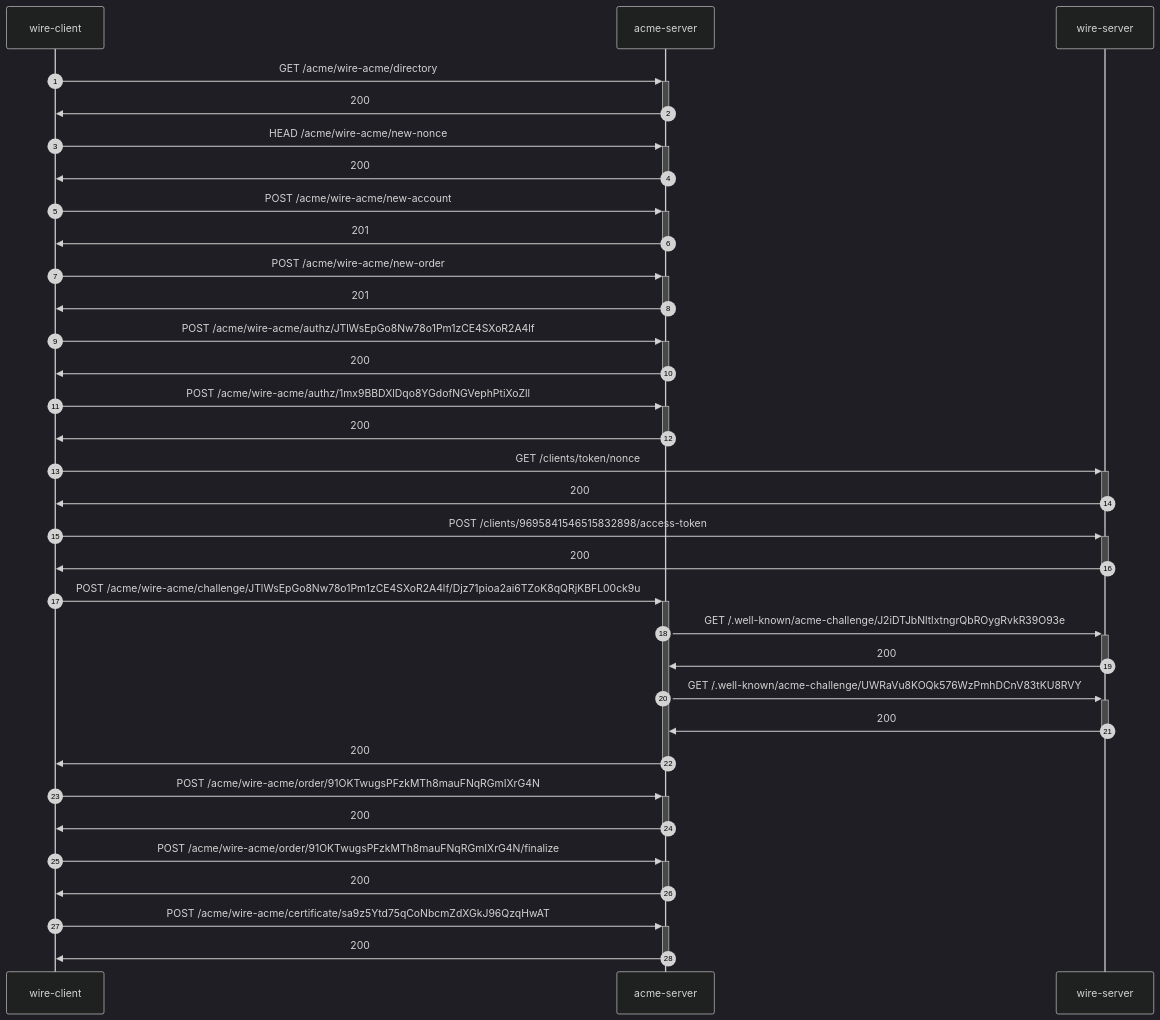
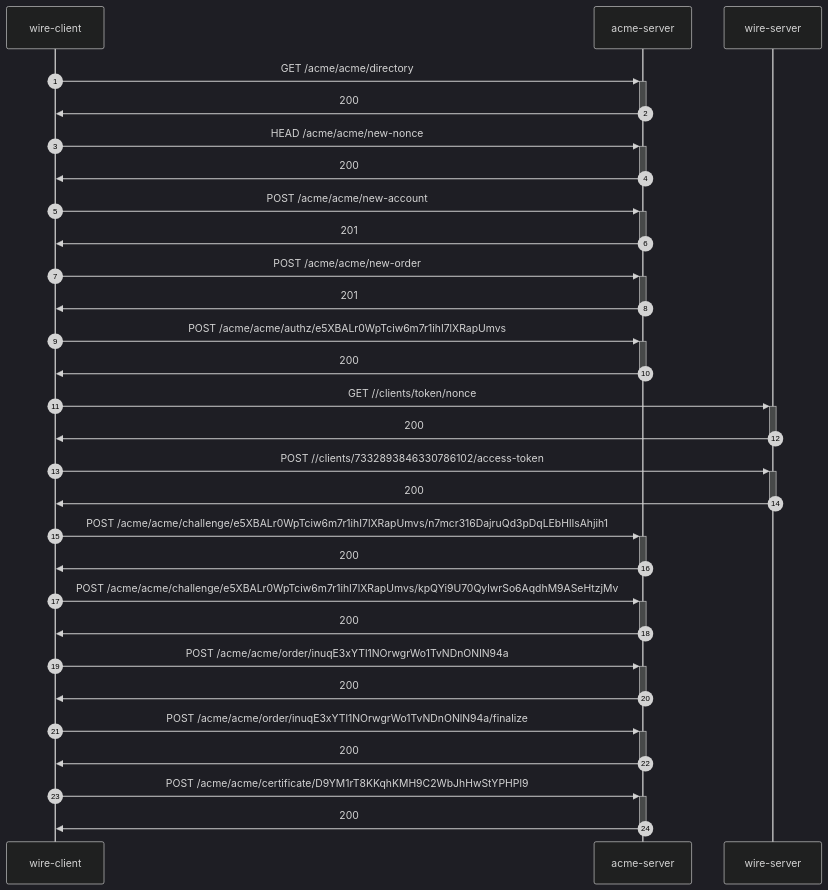
One commit to wireapp/rusty-jwt-tools changed the diagram in e2e-identity/README.md. Above: the diagram before and after it, drawn with Mermaid (dark theme). The commit also changed other lines of this file and 29 other files, not shown here.

Commit message:
feat: test against our fork of stepca acme server

````diff
--- a/e2e-identity/README.md
+++ b/e2e-identity/README.md
@@ -3,32 +3,28 @@
 ```mermaid
 sequenceDiagram
     autonumber
-    wire-client->>+acme-server: GET /acme/wire-acme/directory
+    wire-client->>+acme-server: GET /acme/acme/directory
     acme-server->>-wire-client: 200
-    wire-client->>+acme-server: HEAD /acme/wire-acme/new-nonce
+    wire-client->>+acme-server: HEAD /acme/acme/new-nonce
     acme-server->>-wire-client: 200
-    wire-client->>+acme-server: POST /acme/wire-acme/new-account
+    wire-client->>+acme-server: POST /acme/acme/new-account
     acme-server->>-wire-client: 201
-    wire-client->>+acme-server: POST /acme/wire-acme/new-order
+    wire-client->>+acme-server: POST /acme/acme/new-order
     acme-server->>-wire-client: 201
-    wire-client->>+acme-server: POST /acme/wire-acme/authz/JTlWsEpGo8Nw78o1Pm1zCE4SXoR2A4lf
+    wire-client->>+acme-server: POST /acme/acme/authz/e5XBALr0WpTciw6m7r1ihI7lXRapUmvs
     acme-server->>-wire-client: 200
-    wire-client->>+acme-server: POST /acme/wire-acme/authz/1mx9BBDXlDqo8YGdofNGVephPtiXoZll
+    wire-client->>+wire-server: GET //clients/token/nonce
+    wire-server->>-wire-client: 200
+    wire-client->>+wire-server: POST //clients/7332893846330786102/access-token
+    wire-server->>-wire-client: 200
+    wire-client->>+acme-server: POST /acme/acme/challenge/e5XBALr0WpTciw6m7r1ihI7lXRapUmvs/n7mcr316DajruQd3pDqLEbHlIsAhjih1
     acme-server->>-wire-client: 200
-    wire-client->>+wire-server: GET /clients/token/nonce
-    wire-server->>-wire-client: 200
-    wire-client->>+wire-server: POST /clients/9695841546515832898/access-token
-    wire-server->>-wire-client: 200
-    wire-client->>+acme-server: POST /acme/wire-acme/challenge/JTlWsEpGo8Nw78o1Pm1zCE4SXoR2A4lf/Djz71pioa2ai6TZoK8qQRjKBFL00ck9u
-    acme-server->>+wire-server: GET /.well-known/acme-challenge/J2iDTJbNltlxtngrQbROygRvkR39O93e
-    wire-server->>-acme-server: 200
-    acme-server->>+wire-server: GET /.well-known/acme-challenge/UWRaVu8KOQk576WzPmhDCnV83tKU8RVY
-    wire-server->>-acme-server: 200
+    wire-client->>+acme-server: POST /acme/acme/challenge/e5XBALr0WpTciw6m7r1ihI7lXRapUmvs/kpQYi9U70QylwrSo6AqdhM9ASeHtzjMv
     acme-server->>-wire-client: 200
-    wire-client->>+acme-server: POST /acme/wire-acme/order/91OKTwugsPFzkMTh8mauFNqRGmIXrG4N
+    wire-client->>+acme-server: POST /acme/acme/order/inuqE3xYTl1NOrwgrWo1TvNDnONlN94a
     acme-server->>-wire-client: 200
-    wire-client->>+acme-server: POST /acme/wire-acme/order/91OKTwugsPFzkMTh8mauFNqRGmIXrG4N/finalize
+    wire-client->>+acme-server: POST /acme/acme/order/inuqE3xYTl1NOrwgrWo1TvNDnONlN94a/finalize
     acme-server->>-wire-client: 200
-    wire-client->>+acme-server: POST /acme/wire-acme/certificate/sa9z5Ytd75qCoNbcmZdXGkJ96QzqHwAT
+    wire-client->>+acme-server: POST /acme/acme/certificate/D9YM1rT8KKqhKMH9C2WbJhHwStYPHPl9
     acme-server->>-wire-client: 200
 ```
````
